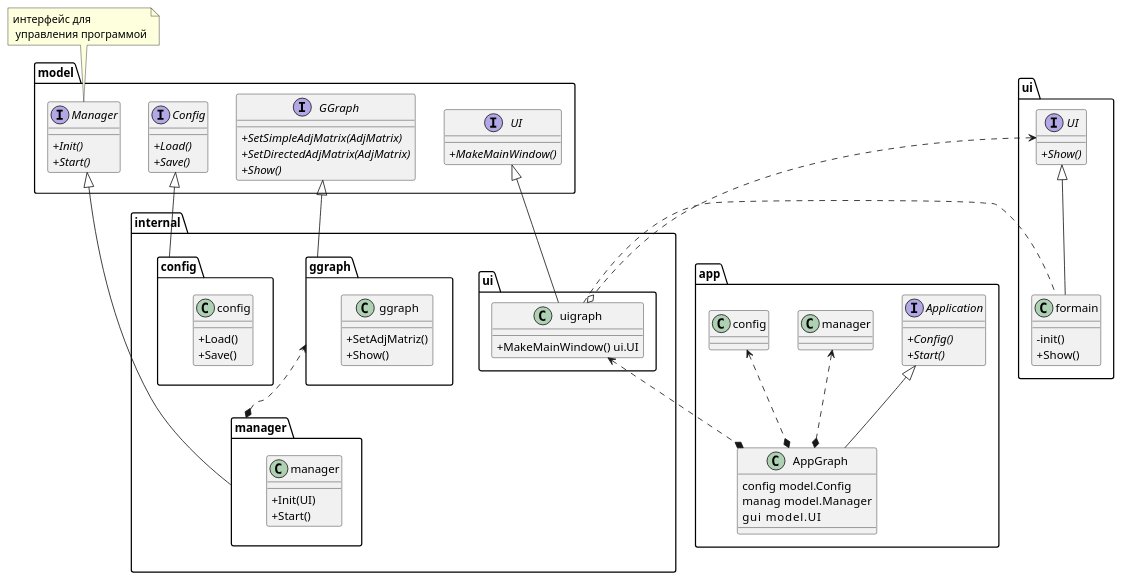
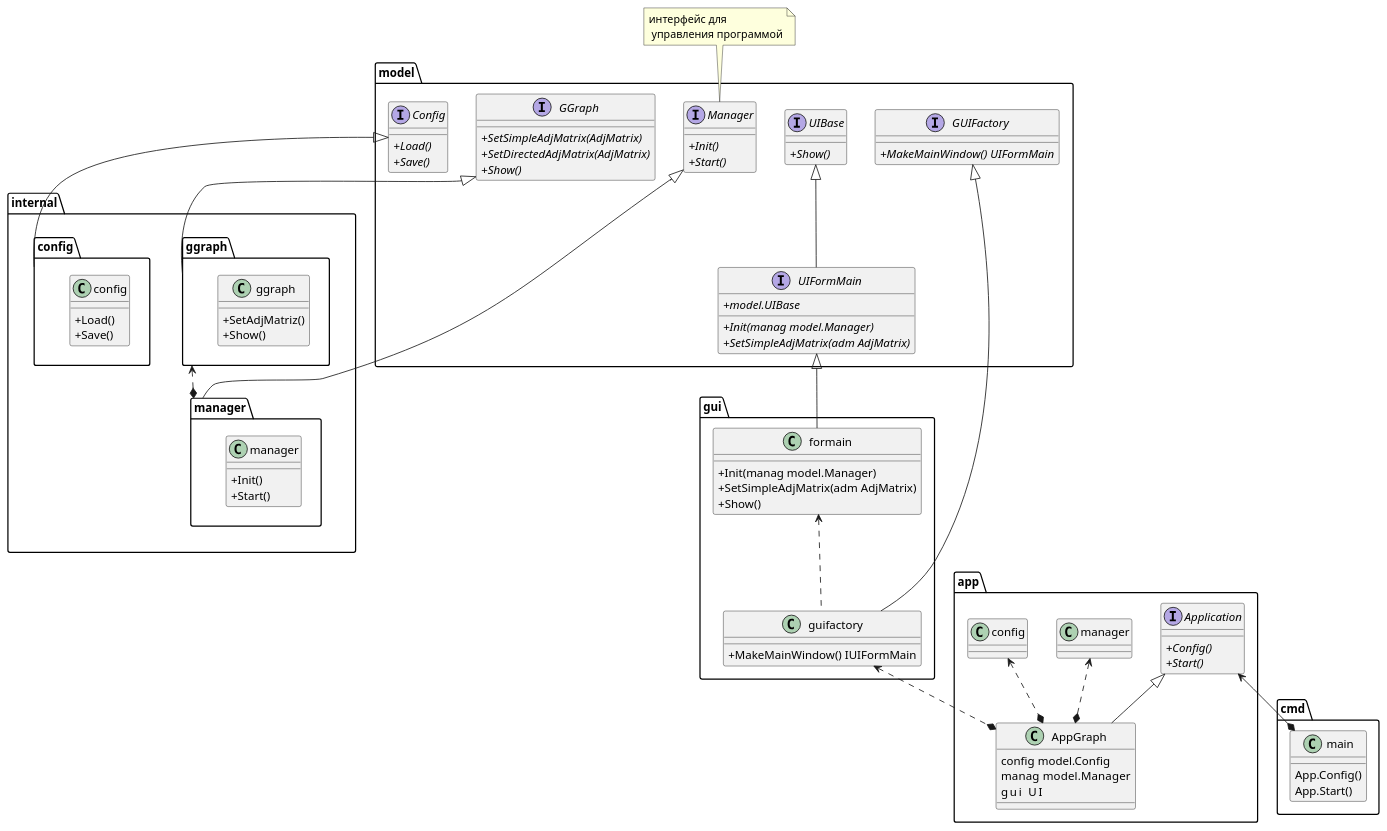
The diagram in model/diagram/diagram.wsd (Giovanny472/ggraph), drawn with PlantUML before and after one commit. The commit also changed 7 other files, not shown here.

```diff
--- a/model/diagram/diagram.wsd
+++ b/model/diagram/diagram.wsd
@@ -1,104 +1,116 @@
 @startuml
 skinparam ClassAttributeIconSize 0
 
 package "model" {
-
-    
-    interface IUI as "UI" {
-        + {abstract} MakeMainWindow()
-    }
 
     interface IGGraph as "GGraph" {
         + {abstract} SetSimpleAdjMatrix(AdjMatrix)
         + {abstract} SetDirectedAdjMatrix(AdjMatrix)
         + {abstract} Show()
     }
 
     interface IConfig as "Config" {
         + {abstract} Load()
         + {abstract} Save()
     }
 
     interface IManager as "Manager" {
         + {abstract} Init()
         + {abstract} Start()
     }
 
+    interface IUIBase as "UIBase" {
+        + {abstract} Show()
+    }
+
+    interface IGUIFactory as "GUIFactory"{
+        +{abstract}MakeMainWindow() UIFormMain
+    }
+
+    interface IUIFormMain as "UIFormMain" {
+        +{abstract} model.UIBase
+        +{abstract} Init(manag model.Manager)
+        +{abstract} SetSimpleAdjMatrix(adm AdjMatrix)
+    }
+    IUIBase <|-- IUIFormMain 
+
 }
 
 note "интерфейс для\n управления программой" as N1
 N1 .. IManager  
     
 package "internal" {
-
-    package "ui" {
-        class uigraph {
-            + MakeMainWindow() ui.UI
-        }
-    }
-    IUI <|-- uigraph
 
     package "config" {
         class config {
             + Load()
             + Save()
         }
     }
     IConfig <|-- config
 
     package "ggraph" {
         class ggraph{
             + SetAdjMatriz()
             + Show()
         }
     }
     IGGraph  <|-- ggraph
 
     package "manager" {
         class manager{
-            + Init(UI)
+            + Init()
             + Start()
         }
     }
     IManager <|-- manager
     ggraph  <..* manager
     
 }
+
+package gui as "gui" {
+
+    class formain {
+        + Init(manag model.Manager)
+        + SetSimpleAdjMatrix(adm AdjMatrix)
+        + Show()
+    }
+    IUIFormMain <|-- formain 
+    
+    class guifactory {
+        + MakeMainWindow() IUIFormMain
+    }
+    IGUIFactory <|-- guifactory
+    formain <.. guifactory
+}
+
 
 package "app" {
 
     interface IApp as "Application" {
         + {abstract} Config()
         + {abstract} Start()
     }
 
     class AppGraph{
         config model.Config
 	    manag  model.Manager
-	    gui    model.UI
+	    gui    UI
     }
     IApp <|--AppGraph
 
     manager <..* AppGraph
-    uigraph <..* AppGraph
     config  <..* AppGraph
+    guifactory <..*AppGraph
     
 }
 
-package gui as "ui" {
-
-    interface IGui as "UI" {
-        + {abstract} Show()
+package cmd {
+    class main {
+        App.Config()
+        App.Start()
     }
-
-    class formain {
-        - init()
-        + Show()
-    }
-    IGui  <|-- formain 
-    IGui  <..o uigraph  
-    uigraph  ..formain 
+    IApp <--*main
 }
 
-
 @enduml
```
